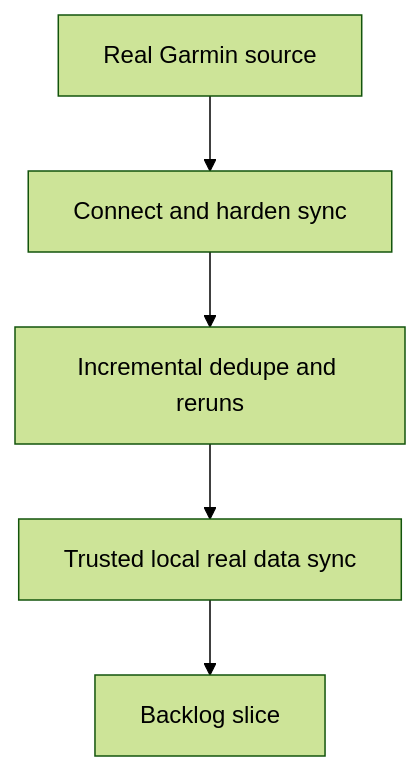
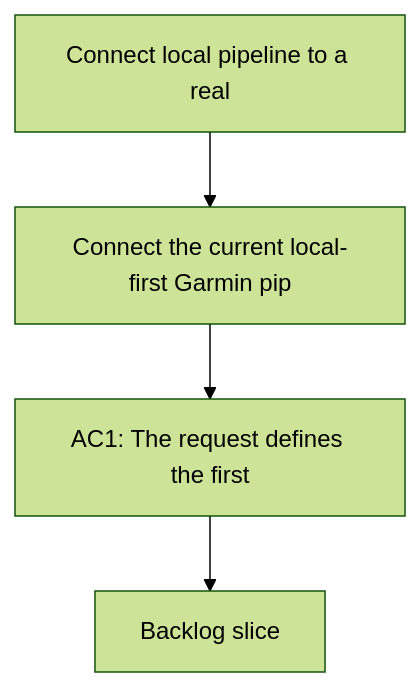
One commit to Jilanos/Coach_garmin changed the diagram in logics/request/req_001_connect_local_pipeline_to_a_real_garmin_source_and_harden_incremental_sync_on_user_data.md. Above: the diagram before and after it, drawn with Mermaid (forest theme). The commit also changed other lines of this file and 86 other files, not shown here.

Commit message:
Harden chart UX and UTF-8 handling

````diff
--- a/logics/request/req_001_connect_local_pipeline_to_a_real_garmin_source_and_harden_incremental_sync_on_user_data.md
+++ b/logics/request/req_001_connect_local_pipeline_to_a_real_garmin_source_and_harden_incremental_sync_on_user_data.md
@@ -50,9 +50,8 @@
 ```mermaid
 %% logics-kind: request
 %% logics-signature: request|connect-local-pipeline-to-a-real-garmin-|connect-the-current-local-first-garmin-p|ac1-the-request-defines-the-first
 flowchart TD
-    Trigger[Real Garmin source] --> Need[Connect and harden sync]
-    Need --> Incremental[Incremental dedupe and reruns]
-    Incremental --> Outcome[Trusted local real data sync]
+    Trigger[Connect local pipeline to a real] --> Need[Connect the current local-first Garmin pip]
+    Need --> Outcome[AC1: The request defines the first]
     Outcome --> Backlog[Backlog slice]
 ```
````
